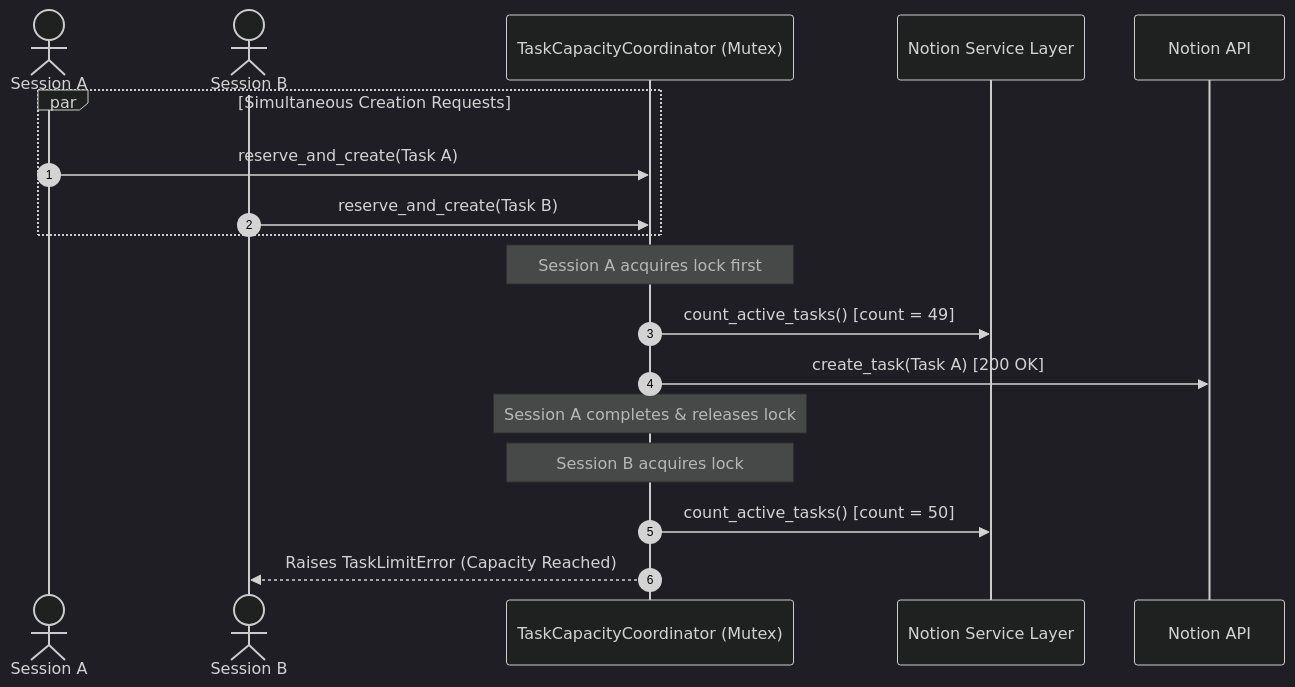
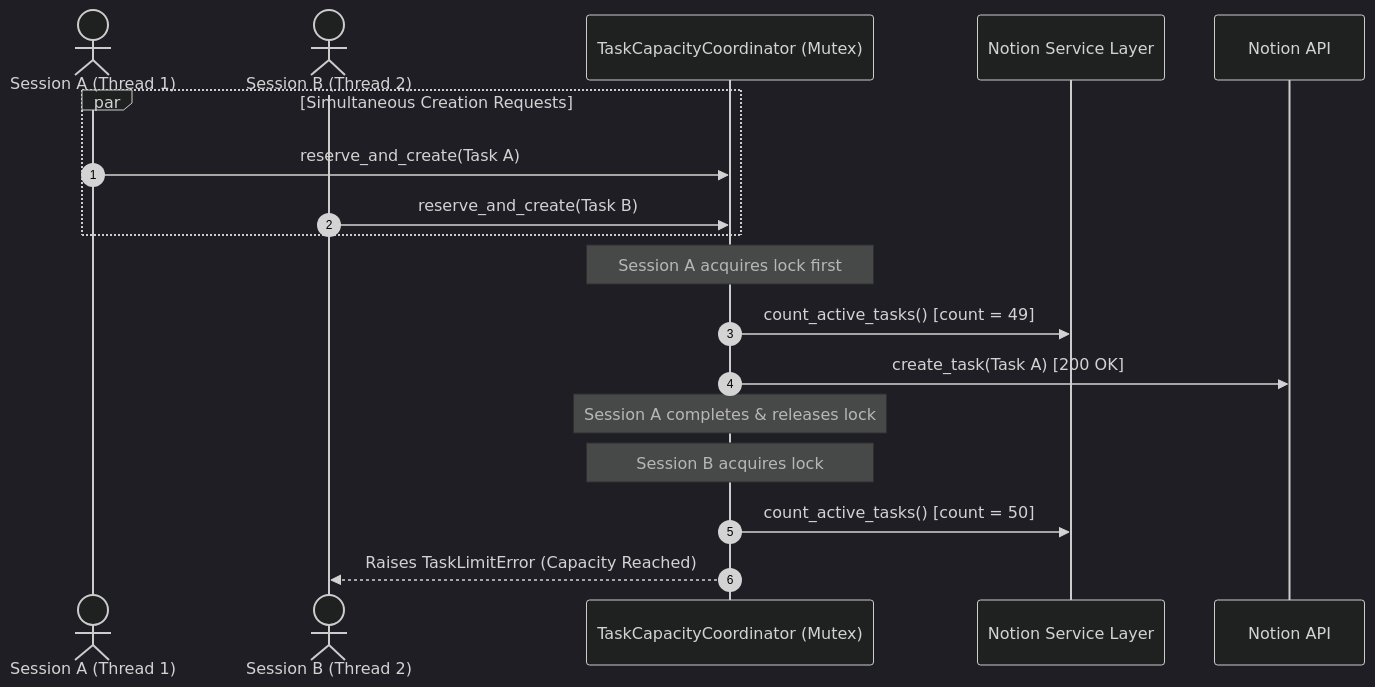
One commit to Tuhinshu/Second-Brain changed the fifth of 6 diagrams in ARCHITECTURE.md. Above: the diagram before and after it, drawn with Mermaid (dark theme). The commit also changed other lines of this file and 12 other files, not shown here.

````diff
--- a/ARCHITECTURE.md
+++ b/ARCHITECTURE.md
@@ -209,23 +262,23 @@
 ```mermaid
 sequenceDiagram
     autonumber
-    actor ClientA as Session A
-    actor ClientB as Session B
+    actor ClientA as Session A (Thread 1)
+    actor ClientB as Session B (Thread 2)
     participant Coord as TaskCapacityCoordinator (Mutex)
     participant Service as Notion Service Layer
     participant Notion as Notion API
 
     par Simultaneous Creation Requests
         ClientA->>Coord: reserve_and_create(Task A)
         ClientB->>Coord: reserve_and_create(Task B)
     end
 
     Note over Coord: Session A acquires lock first
     Coord->>Service: count_active_tasks() [count = 49]
     Coord->>Notion: create_task(Task A) [200 OK]
     Note over Coord: Session A completes & releases lock
 
     Note over Coord: Session B acquires lock
     Coord->>Service: count_active_tasks() [count = 50]
     Coord-->>ClientB: Raises TaskLimitError (Capacity Reached)
 ```
````
